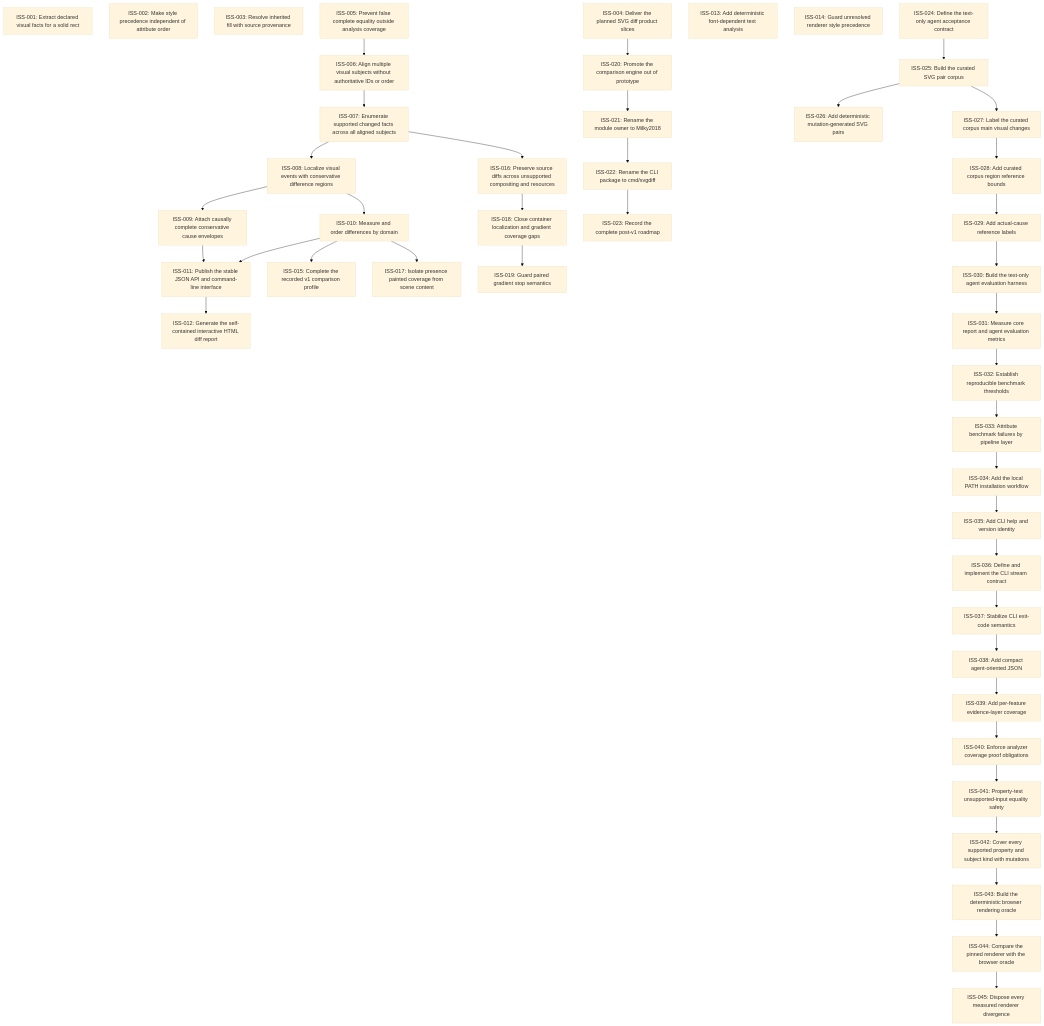
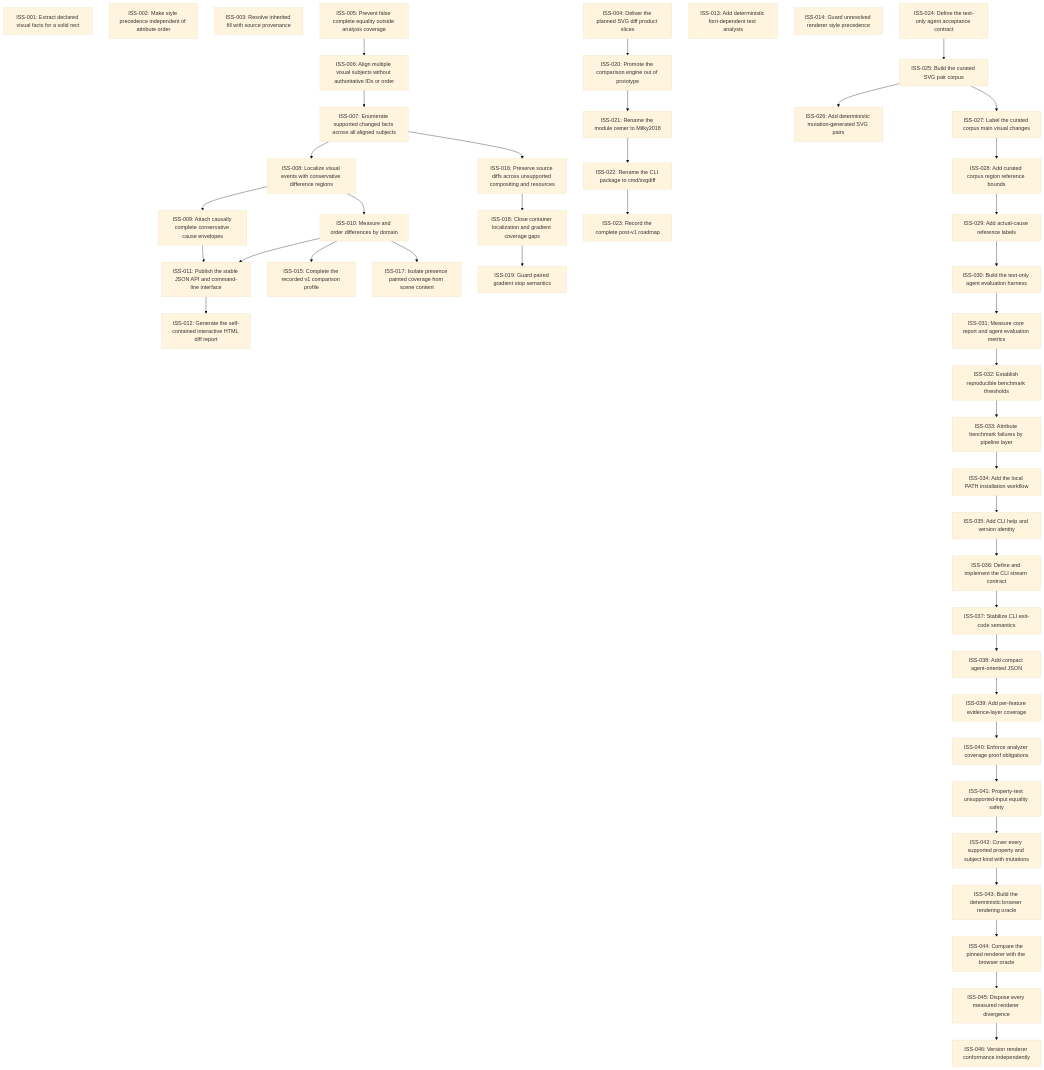
One commit to moonbit-community/svgdiff changed the diagram in issues/README.md. Above: the diagram before and after it, drawn with Mermaid (base theme). The commit also changed 27 other files, not shown here.

Commit message:
Version renderer conformance profile

````diff
--- a/issues/README.md
+++ b/issues/README.md
@@ -62,6 +62,7 @@
   ISS_043["ISS-043: Build the deterministic browser rendering oracle"]
   ISS_044["ISS-044: Compare the pinned renderer with the browser oracle"]
   ISS_045["ISS-045: Dispose every measured renderer divergence"]
+  ISS_046["ISS-046: Version renderer conformance independently"]
   ISS_005 --> ISS_006
   ISS_006 --> ISS_007
   ISS_007 --> ISS_008
@@ -100,4 +101,5 @@
   ISS_042 --> ISS_043
   ISS_043 --> ISS_044
   ISS_044 --> ISS_045
+  ISS_045 --> ISS_046
 ```
````
